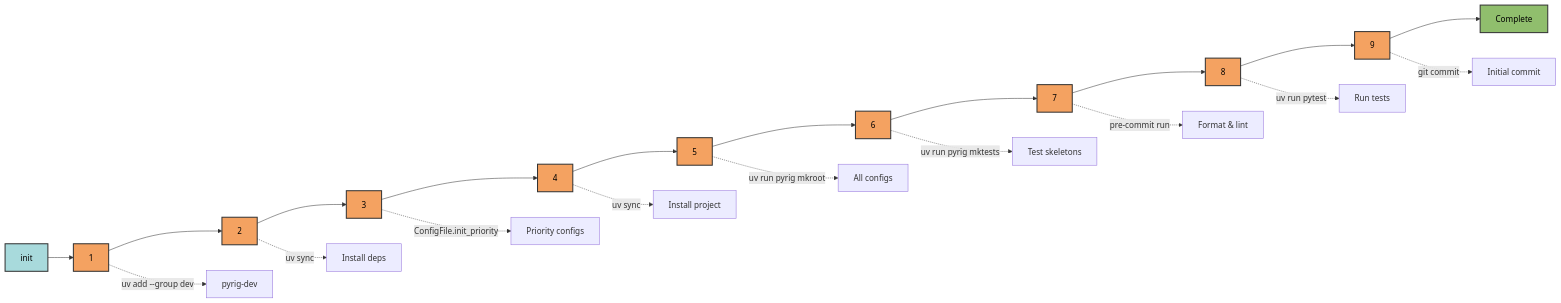
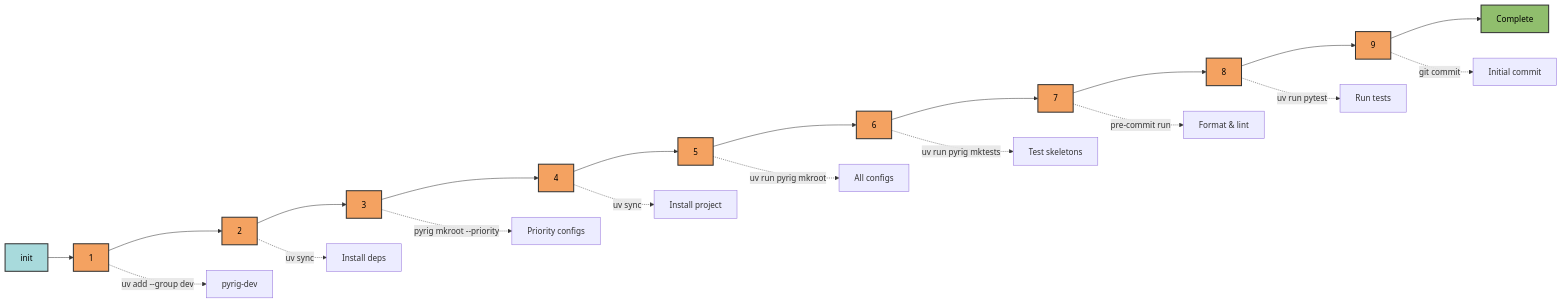
The diagram in docs/cli/commands/init.md (Winipedia/pyrig), drawn with Mermaid before and after one commit. The commit also changed 82 other files, not shown here.

````diff
--- a/docs/cli/commands/init.md
+++ b/docs/cli/commands/init.md
@@ -15,35 +15,35 @@
 ```mermaid
 graph LR
     A[init] --> B[1]
     B --> C[2]
     C --> D[3]
     D --> E[4]
     E --> F[5]
     F --> G[6]
     G --> H[7]
     H --> I[8]
     I --> J[9]
     J --> K[Complete]
 
     B -.->|uv add --group dev| B1[pyrig-dev]
     C -.->|uv sync| C1[Install deps]
-    D -.->|ConfigFile.init_priority| D1[Priority configs]
+    D -.->|pyrig mkroot --priority| D1[Priority configs]
     E -.->|uv sync| E1[Install project]
     F -.->|uv run pyrig mkroot| F1[All configs]
     G -.->|uv run pyrig mktests| G1[Test skeletons]
     H -.->|pre-commit run| H1[Format & lint]
     I -.->|uv run pytest| I1[Run tests]
     J -.->|git commit| J1[Initial commit]
 
     style A fill:#a8dadc,stroke:#333,stroke-width:2px,color:#000
     style B fill:#f4a261,stroke:#333,stroke-width:2px,color:#000
     style C fill:#f4a261,stroke:#333,stroke-width:2px,color:#000
     style D fill:#f4a261,stroke:#333,stroke-width:2px,color:#000
     style E fill:#f4a261,stroke:#333,stroke-width:2px,color:#000
     style F fill:#f4a261,stroke:#333,stroke-width:2px,color:#000
     style G fill:#f4a261,stroke:#333,stroke-width:2px,color:#000
     style H fill:#f4a261,stroke:#333,stroke-width:2px,color:#000
     style I fill:#f4a261,stroke:#333,stroke-width:2px,color:#000
     style J fill:#f4a261,stroke:#333,stroke-width:2px,color:#000
     style K fill:#90be6d,stroke:#333,stroke-width:2px,color:#000
 ```
````
